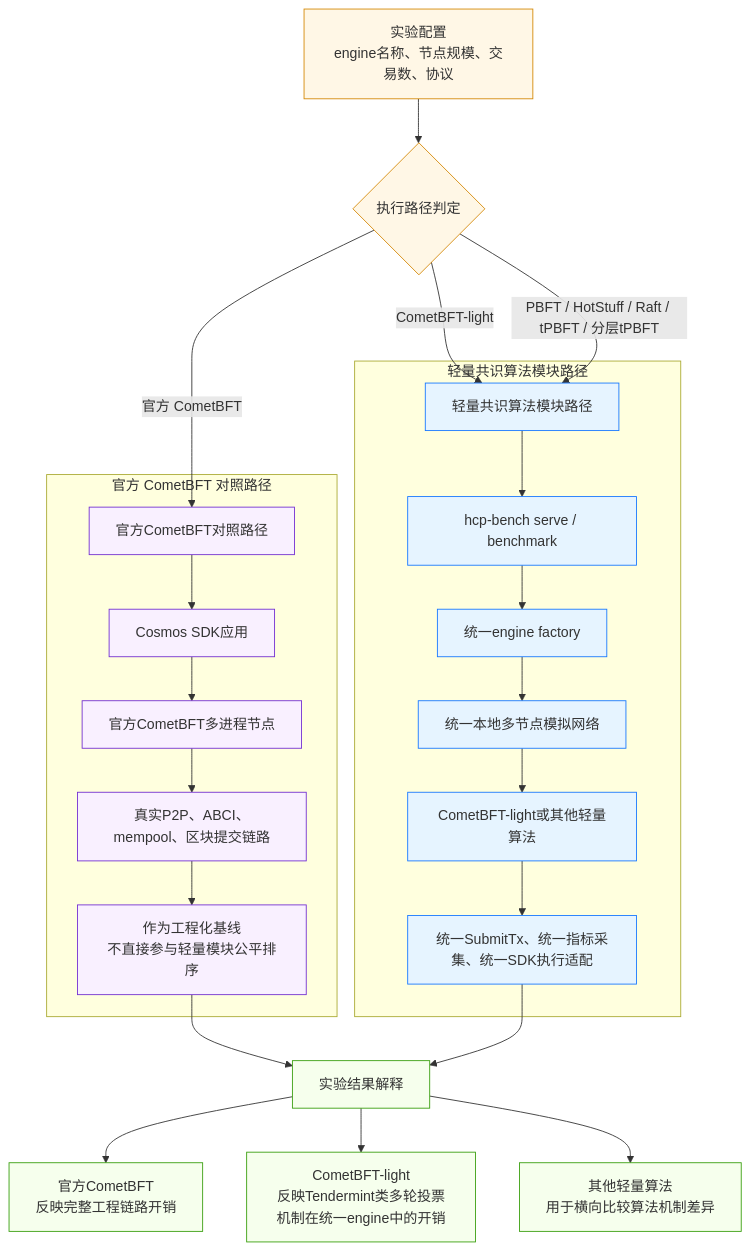
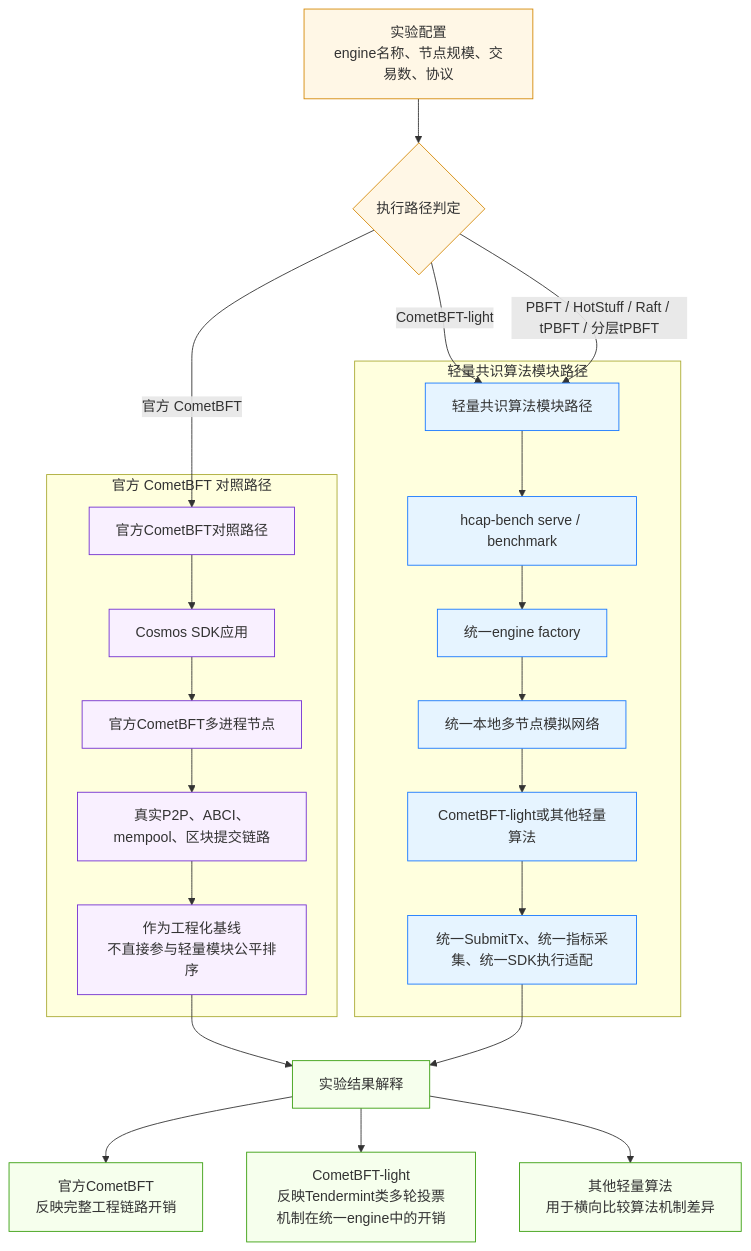
The fourth of 10 diagrams in chapter4-mermaid/README.md (fffeng99999/hcp), drawn with Mermaid before and after one commit. The commit also changed other lines of this file and 1 other file, not shown here.

````diff
--- a/chapter4-mermaid/README.md
+++ b/chapter4-mermaid/README.md
@@ -217,39 +217,39 @@
 ```mermaid
 flowchart TB
   A["实验配置<br/>engine名称、节点规模、交易数、协议"] --> B{"执行路径判定"}
 
   B -- "官方 CometBFT" --> O1["官方CometBFT对照路径"]
   B -- "CometBFT-light" --> L1["轻量共识算法模块路径"]
   B -- "PBFT / HotStuff / Raft / tPBFT / 分层tPBFT" --> L1
 
   subgraph Official["官方 CometBFT 对照路径"]
     O1 --> O2["Cosmos SDK应用"]
     O2 --> O3["官方CometBFT多进程节点"]
     O3 --> O4["真实P2P、ABCI、mempool、区块提交链路"]
     O4 --> O5["作为工程化基线<br/>不直接参与轻量模块公平排序"]
   end
 
   subgraph Light["轻量共识算法模块路径"]
-    L1 --> L2["hcp-bench serve / benchmark"]
+    L1 --> L2["hcap-bench serve / benchmark"]
     L2 --> L3["统一engine factory"]
     L3 --> L4["统一本地多节点模拟网络"]
     L4 --> L5["CometBFT-light或其他轻量算法"]
     L5 --> L6["统一SubmitTx、统一指标采集、统一SDK执行适配"]
   end
 
   O5 --> C["实验结果解释"]
   L6 --> C
 
   C --> C1["官方CometBFT<br/>反映完整工程链路开销"]
   C --> C2["CometBFT-light<br/>反映Tendermint类多轮投票机制在统一engine中的开销"]
   C --> C3["其他轻量算法<br/>用于横向比较算法机制差异"]
 
   classDef decide fill:#fff7e6,stroke:#d48806;
   classDef off fill:#f9f0ff,stroke:#722ed1;
   classDef light fill:#e6f4ff,stroke:#1677ff;
   classDef explain fill:#f6ffed,stroke:#389e0d;
   class A,B decide;
   class O1,O2,O3,O4,O5 off;
   class L1,L2,L3,L4,L5,L6 light;
   class C,C1,C2,C3 explain;
 ```
````
